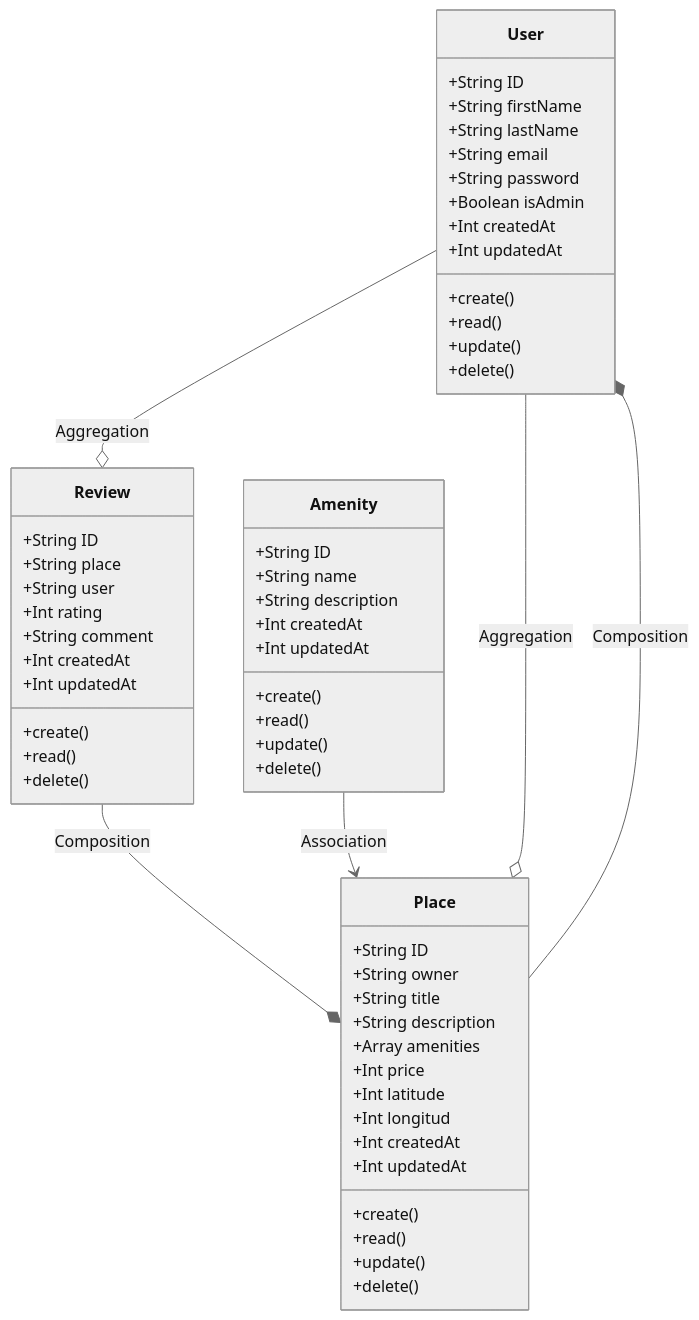
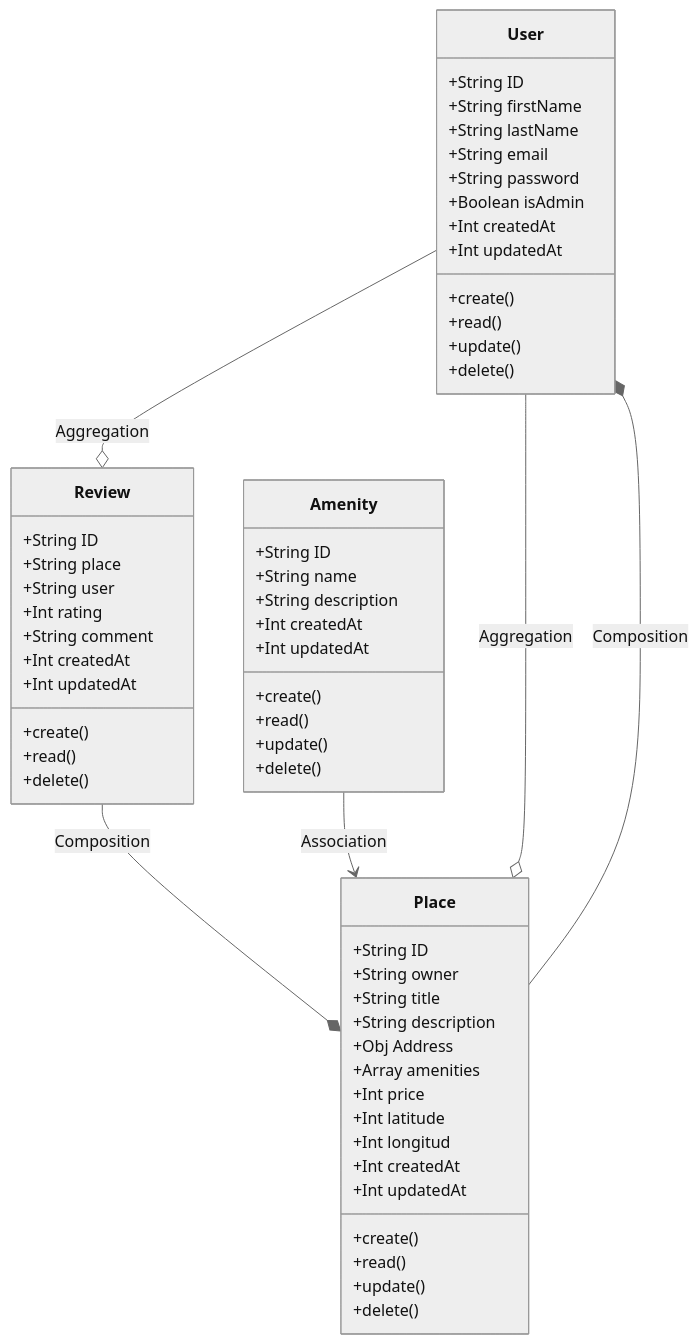
The diagram in part_1/class_diagram.md (JulieRaph/holbertonschool-hbnb), drawn with Mermaid (neutral theme) before and after one commit.

Commit message:
adding address as attr for Place

````diff
--- a/part_1/class_diagram.md
+++ b/part_1/class_diagram.md
@@ -5,61 +5,62 @@
 ```mermaid
 classDiagram
 class User {
     +String ID
     +String firstName
     +String lastName
     +String email
     +String password
     +Boolean isAdmin
     +Int createdAt
     +Int updatedAt
     +create()
     +read()
     +update()
     +delete()
 }
 class Place {
     +String ID
     +String owner
     +String title
     +String description
+    +Obj Address
     +Array amenities
     +Int price
     +Int latitude
     +Int longitud
     +Int createdAt
     +Int updatedAt
     +create()
     +read()
     +update()
     +delete()
 }
 class Review {
     +String ID
     +String place
     +String user
     +Int rating
     +String comment
     +Int createdAt
     +Int updatedAt
     +create()
     +read()
     +delete()
 }
 class Amenity {
     +String ID
     +String name
     +String description
     +Int createdAt
     +Int updatedAt
     +create()
     +read()
     +update()
     +delete()
 }
 Place --* User : Composition
 Review --* Place : Composition
 Amenity --> Place: Association
 User --o Place : Aggregation
 User --o Review : Aggregation
 ```
````
